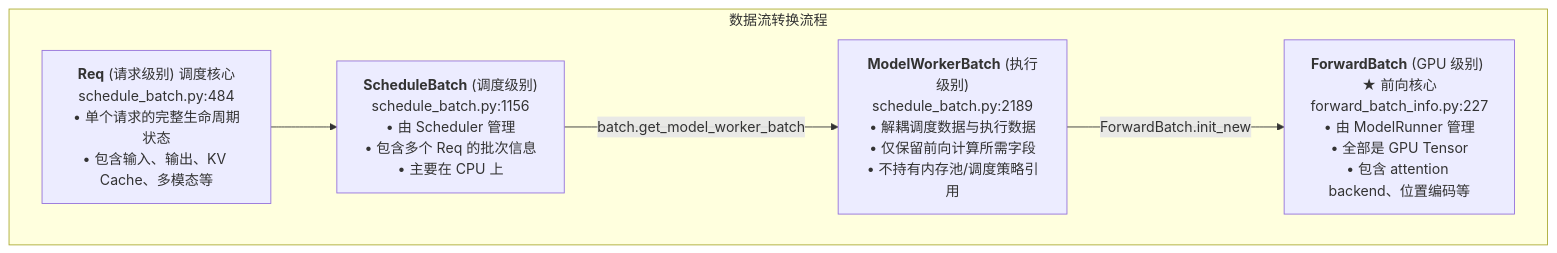
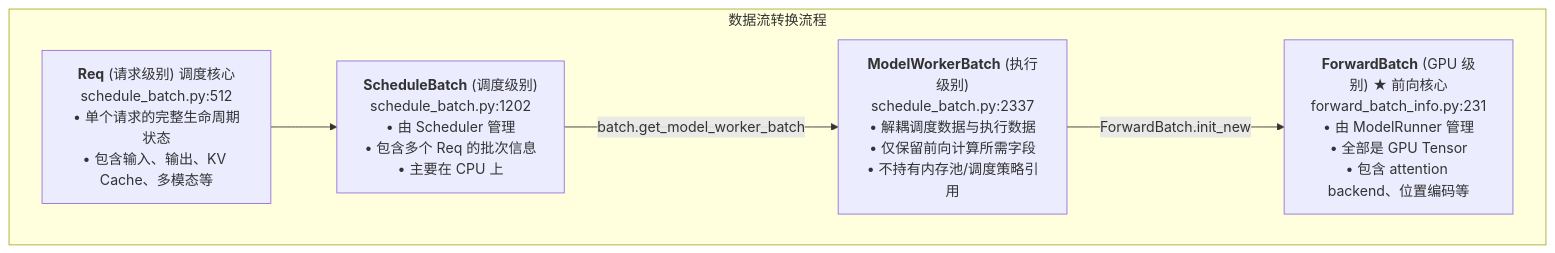
One commit to wesleyck/AIInfraNotes changed the second of 4 diagrams in SGLang/02-core-data-structures.md. Above: the diagram before and after it, drawn with Mermaid. The commit also changed other lines of this file and 24 other files, not shown here.

````diff
--- a/SGLang/02-core-data-structures.md
+++ b/SGLang/02-core-data-structures.md
@@ -45,16 +45,16 @@
 ```mermaid
 flowchart TD
     subgraph Pipeline["数据流转换流程"]
-        REQ["<b>Req</b> (请求级别) 调度核心<br/>schedule_batch.py:484<br/>• 单个请求的完整生命周期状态<br/>• 包含输入、输出、KV Cache、多模态等"]
+        REQ["<b>Req</b> (请求级别) 调度核心<br/>schedule_batch.py:512<br/>• 单个请求的完整生命周期状态<br/>• 包含输入、输出、KV Cache、多模态等"]
         
-        SB["<b>ScheduleBatch</b> (调度级别)<br/>schedule_batch.py:1156<br/>• 由 Scheduler 管理<br/>• 包含多个 Req 的批次信息<br/>• 主要在 CPU 上"]
+        SB["<b>ScheduleBatch</b> (调度级别)<br/>schedule_batch.py:1202<br/>• 由 Scheduler 管理<br/>• 包含多个 Req 的批次信息<br/>• 主要在 CPU 上"]
         
-        MWB["<b>ModelWorkerBatch</b> (执行级别)<br/>schedule_batch.py:2189<br/>• 解耦调度数据与执行数据<br/>• 仅保留前向计算所需字段<br/>• 不持有内存池/调度策略引用"]
+        MWB["<b>ModelWorkerBatch</b> (执行级别)<br/>schedule_batch.py:2337<br/>• 解耦调度数据与执行数据<br/>• 仅保留前向计算所需字段<br/>• 不持有内存池/调度策略引用"]
         
-        FB["<b>ForwardBatch</b> (GPU 级别) ★ 前向核心<br/>forward_batch_info.py:227<br/>• 由 ModelRunner 管理<br/>• 全部是 GPU Tensor<br/>• 包含 attention backend、位置编码等"]
+        FB["<b>ForwardBatch</b> (GPU 级别) ★ 前向核心<br/>forward_batch_info.py:231<br/>• 由 ModelRunner 管理<br/>• 全部是 GPU Tensor<br/>• 包含 attention backend、位置编码等"]
 
         REQ --> SB
         SB -->|batch.get_model_worker_batch| MWB
         MWB -->|ForwardBatch.init_new| FB
     end
 ```
````
